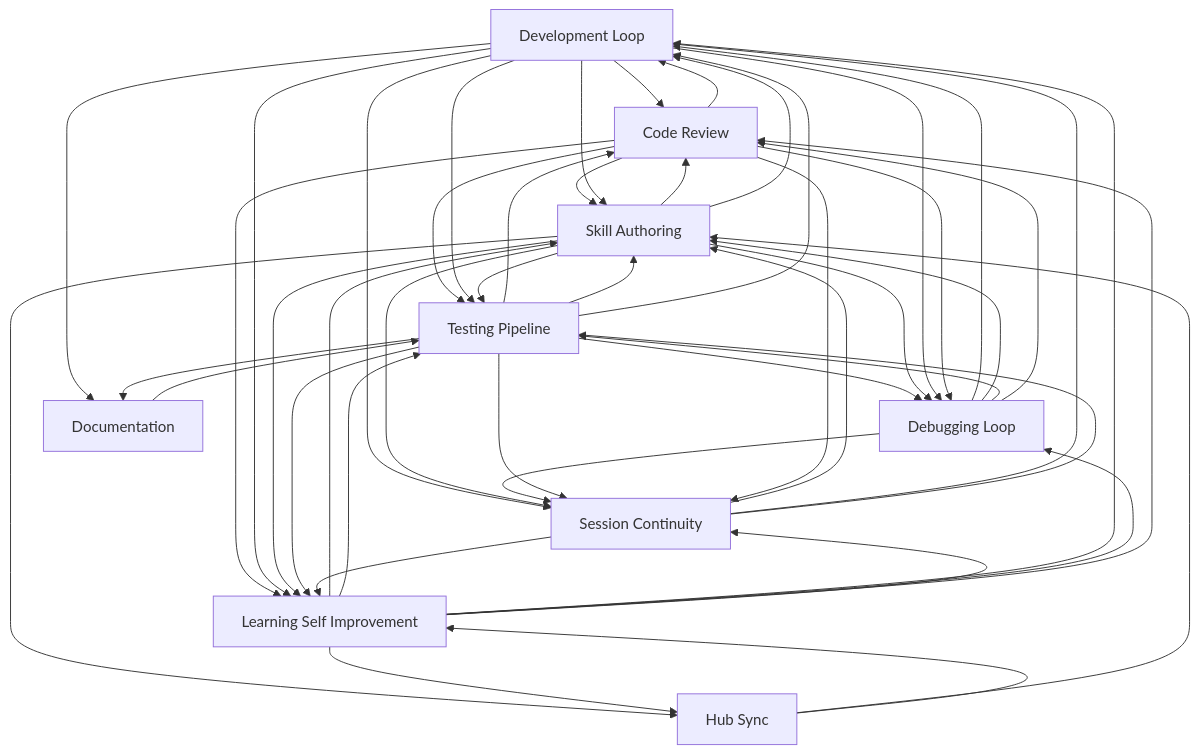
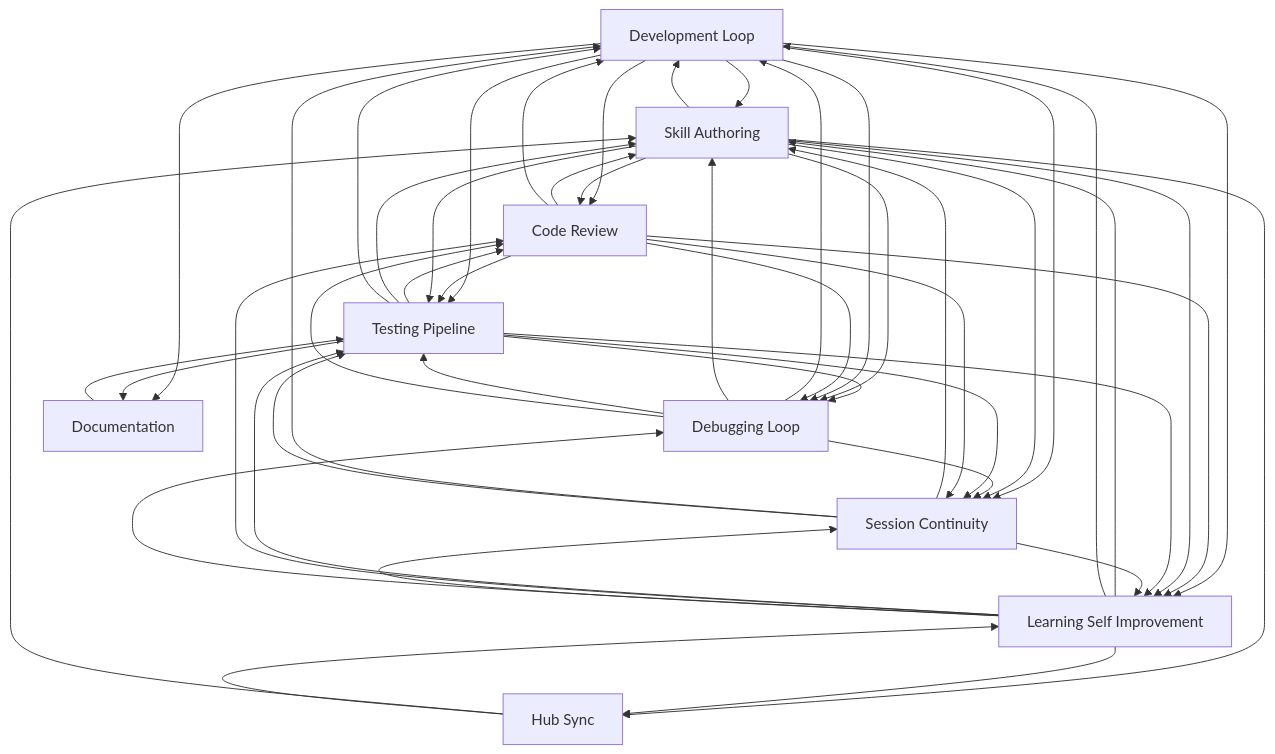
The diagram in docs/workflows/INDEX.md (abhayla/claude-best-practices), drawn with Mermaid before and after one commit. The commit also changed other lines of this file and 38 other files, not shown here.

````diff
--- a/docs/workflows/INDEX.md
+++ b/docs/workflows/INDEX.md
@@ -21,58 +21,58 @@
 ```mermaid
 graph TD
     development_loop[Development Loop]
     testing_pipeline[Testing Pipeline]
     debugging_loop[Debugging Loop]
     learning_self_improvement[Learning Self Improvement]
     session_continuity[Session Continuity]
     skill_authoring[Skill Authoring]
     code_review[Code Review]
     documentation[Documentation]
     hub_sync[Hub Sync]
     documentation --> testing_pipeline
+    development_loop --> skill_authoring
+    development_loop --> code_review
     code_review --> skill_authoring
     code_review --> development_loop
-    development_loop --> code_review
-    development_loop --> skill_authoring
+    development_loop --> testing_pipeline
+    development_loop --> learning_self_improvement
     code_review --> testing_pipeline
     code_review --> learning_self_improvement
-    development_loop --> testing_pipeline
-    development_loop --> learning_self_improvement
     testing_pipeline --> code_review
     testing_pipeline --> debugging_loop
     testing_pipeline --> skill_authoring
     testing_pipeline --> development_loop
+    skill_authoring --> development_loop
     skill_authoring --> code_review
-    skill_authoring --> development_loop
     skill_authoring --> testing_pipeline
     skill_authoring --> learning_self_improvement
     development_loop --> session_continuity
     skill_authoring --> session_continuity
+    debugging_loop --> development_loop
     debugging_loop --> session_continuity
-    debugging_loop --> development_loop
     testing_pipeline --> session_continuity
     skill_authoring --> debugging_loop
+    development_loop --> debugging_loop
     debugging_loop --> skill_authoring
     debugging_loop --> testing_pipeline
     debugging_loop --> code_review
-    development_loop --> debugging_loop
     learning_self_improvement --> skill_authoring
+    learning_self_improvement --> development_loop
     learning_self_improvement --> testing_pipeline
-    learning_self_improvement --> development_loop
+    learning_self_improvement --> code_review
     learning_self_improvement --> debugging_loop
-    learning_self_improvement --> code_review
     code_review --> debugging_loop
     testing_pipeline --> learning_self_improvement
+    code_review --> session_continuity
     learning_self_improvement --> session_continuity
-    code_review --> session_continuity
     session_continuity --> skill_authoring
     session_continuity --> learning_self_improvement
     development_loop --> documentation
     testing_pipeline --> documentation
     session_continuity --> development_loop
     session_continuity --> testing_pipeline
     skill_authoring --> hub_sync
     learning_self_improvement --> hub_sync
     hub_sync --> skill_authoring
     hub_sync --> learning_self_improvement
 ```
````
